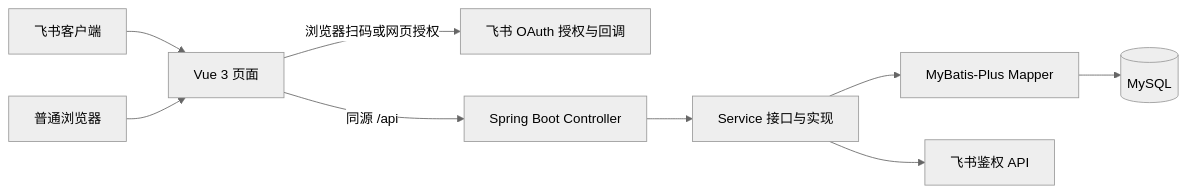
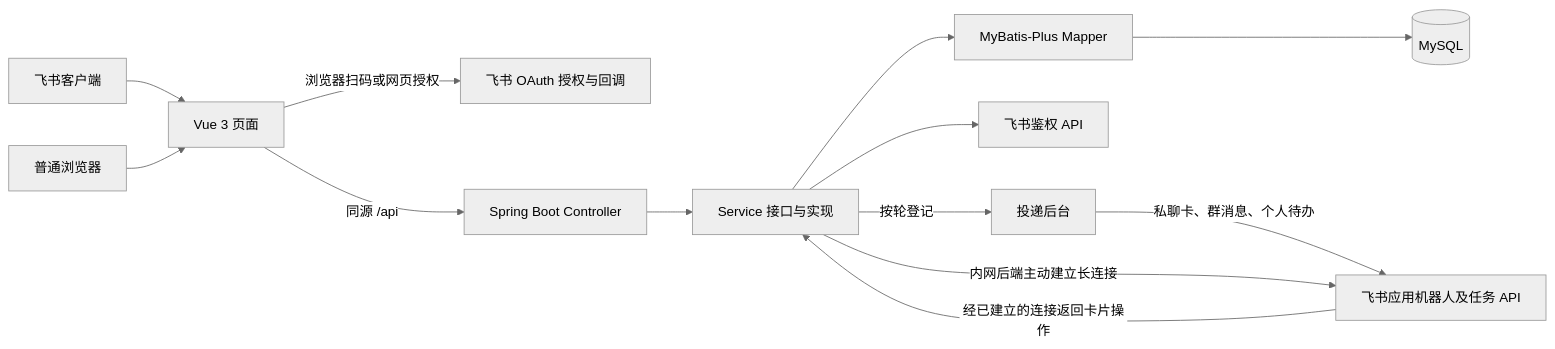
The diagram in docs/architecture/system-overview.md (szhi1488/differentiated-policy), drawn with Mermaid (neutral theme) before and after one commit. The commit also changed other lines of this file and 206 other files, not shown here.

````diff
--- a/docs/architecture/system-overview.md
+++ b/docs/architecture/system-overview.md
@@ -17,11 +19,15 @@
 ```mermaid
 flowchart LR
     F[飞书客户端] --> V[Vue 3 页面]
     B[普通浏览器] --> V
     V -->|浏览器扫码或网页授权| O[飞书 OAuth 授权与回调]
     V -->|同源 /api| C[Spring Boot Controller]
     C --> S[Service 接口与实现]
     S --> M[MyBatis-Plus Mapper]
     M --> D[(MySQL)]
     S --> L[飞书鉴权 API]
+    S -->|按轮登记| W[投递后台]
+    W -->|私聊卡、群消息、个人待办| IM[飞书应用机器人及任务 API]
+    S -->|内网后端主动建立长连接| IM
+    IM -->|经已建立的连接返回卡片操作| S
 ```
````
